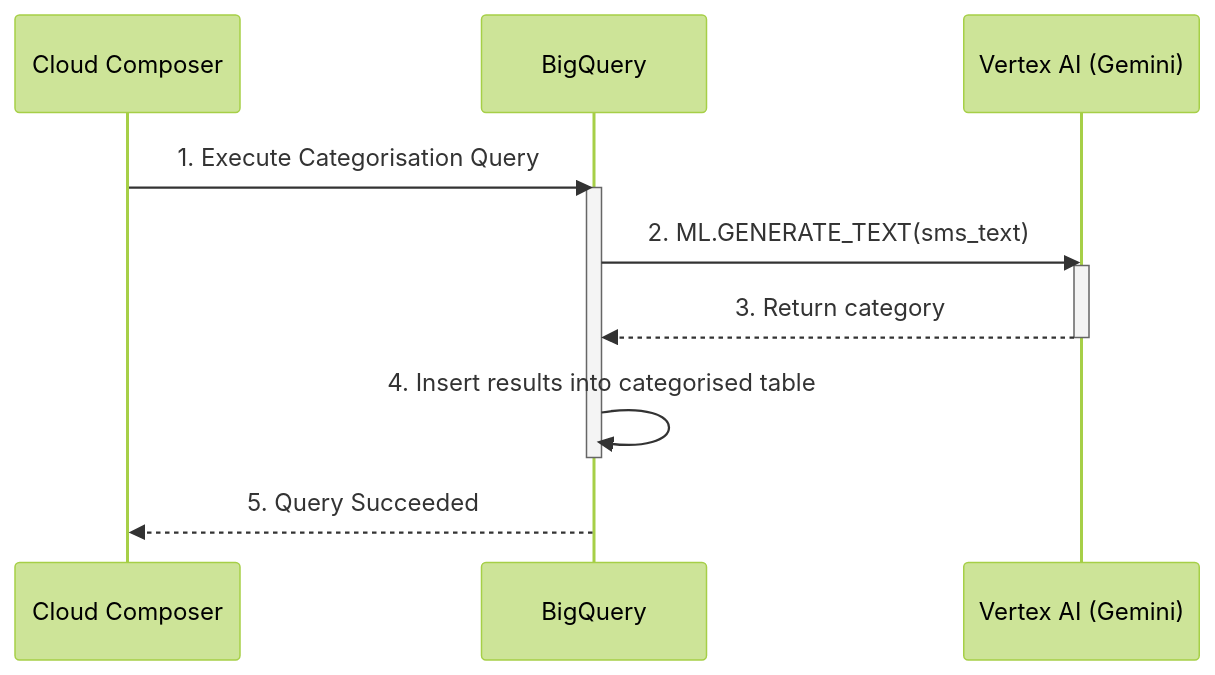
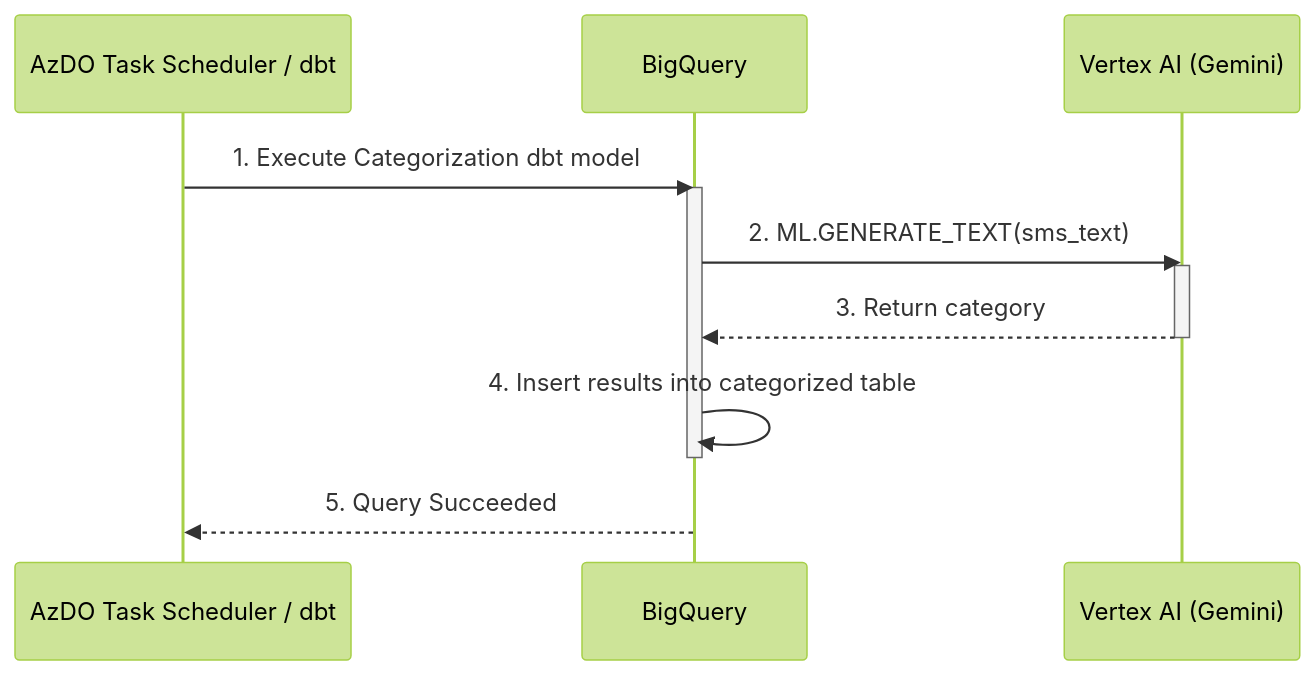
The second of 4 diagrams in README.md (sandipdatta/diagrams), drawn with Mermaid (forest theme) before and after one commit. The commit also changed other lines of this file, not shown here.

````diff
--- a/README.md
+++ b/README.md
@@ -56,16 +56,16 @@
 ```mermaid
 sequenceDiagram
-    participant C as Cloud Composer
+    participant scheduler as AzDO Task Scheduler / dbt
     participant BQ as BigQuery
     participant VAI as Vertex AI (Gemini)
 
-    C->>BQ: 1. Execute Categorisation Query
+    scheduler->>BQ: 1. Execute Categorization dbt model
     activate BQ
     BQ->>VAI: 2. ML.GENERATE_TEXT(sms_text)
     activate VAI
     VAI-->>BQ: 3. Return category
     deactivate VAI
-    BQ->>BQ: 4. Insert results into categorised table
+    BQ->>BQ: 4. Insert results into categorized table
     deactivate BQ
-    BQ-->>C: 5. Query Succeeded
+    BQ-->>scheduler: 5. Query Succeeded
 ```
````
